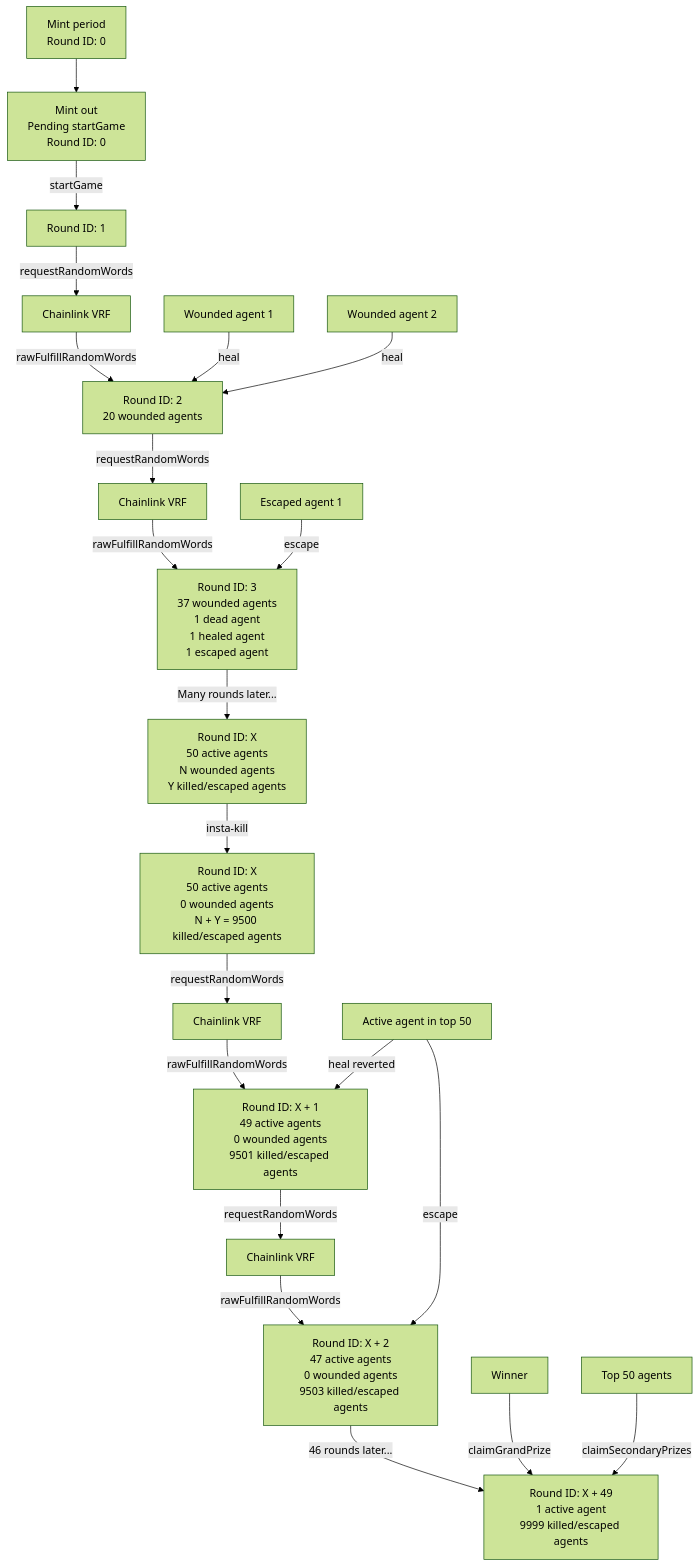
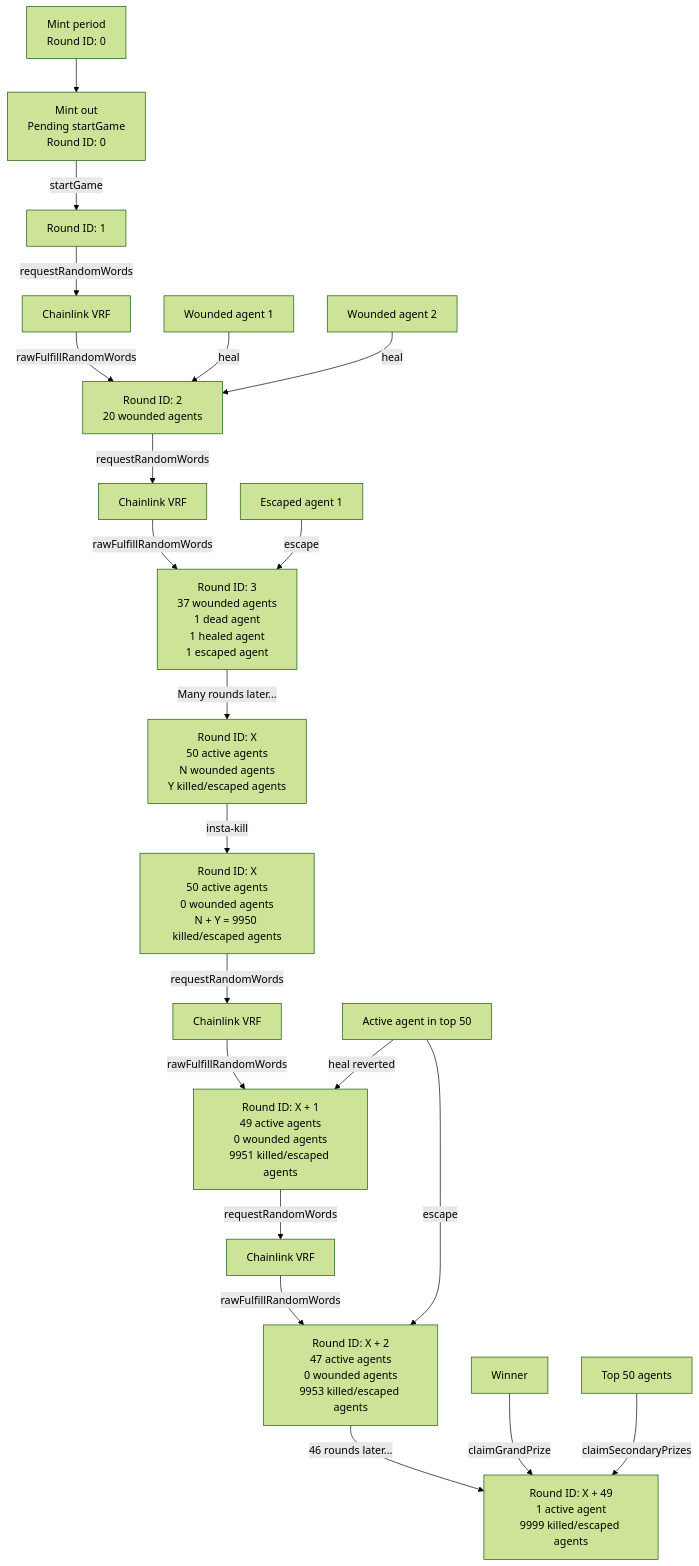
Before and after one commit to sherlock-audit/2023-10-looksrare: the diagram in contracts-infiltration/README.md, drawn with Mermaid (forest theme).

Commit message:
Update README.md
Update flow chart

````diff
--- a/contracts-infiltration/README.md
+++ b/contracts-infiltration/README.md
@@ -19,41 +19,41 @@
 ```mermaid
 flowchart TD
     MINT_PERIOD[Mint period\nRound ID: 0\n] --> MINT_OUT[Mint out\nPending startGame\nRound ID: 0]
     MINT_OUT -->|startGame| ROUND_1[Round ID: 1]
 
     CHAINLINK_VRF[Chainlink VRF]
     CHAINLINK_VRF_2[Chainlink VRF]
     CHAINLINK_VRF_3[Chainlink VRF]
     CHAINLINK_VRF_4[Chainlink VRF]
 
     ROUND_1 -->|requestRandomWords| CHAINLINK_VRF
 
     CHAINLINK_VRF -->|rawFulfillRandomWords| ROUND_2[Round ID: 2\n20 wounded agents]
 
     WOUNDED_AGENT_1[Wounded agent 1] -->|heal| ROUND_2
     WOUNDED_AGENT_2[Wounded agent 2] -->|heal| ROUND_2
 
     ROUND_2 -->|requestRandomWords| CHAINLINK_VRF_2
     CHAINLINK_VRF_2 -->|rawFulfillRandomWords| ROUND_3[Round ID: 3\n37 wounded agents\n1 dead agent\n1 healed agent\n1 escaped agent]
 
     ESCAPED_AGENT_1[Escaped agent 1] -->|escape| ROUND_3
 
     ROUND_3 -->|Many rounds later...| ROUND_WITH_50_ACTIVE_AGENTS_LEFT_PRE_INSTA_KILL[Round ID: X\n50 active agents\nN wounded agents\nY killed/escaped agents]
 
-    ROUND_WITH_50_ACTIVE_AGENTS_LEFT_PRE_INSTA_KILL -->|insta-kill| ROUND_WITH_50_ACTIVE_AGENTS_LEFT_POST_INSTA_KILL[Round ID: X\n50 active agents\n0 wounded agents\nN + Y = 9500 killed/escaped agents]
+    ROUND_WITH_50_ACTIVE_AGENTS_LEFT_PRE_INSTA_KILL -->|insta-kill| ROUND_WITH_50_ACTIVE_AGENTS_LEFT_POST_INSTA_KILL[Round ID: X\n50 active agents\n0 wounded agents\nN + Y = 9950 killed/escaped agents]
 
     ROUND_WITH_50_ACTIVE_AGENTS_LEFT_POST_INSTA_KILL -->|requestRandomWords| CHAINLINK_VRF_3
 
-    CHAINLINK_VRF_3 -->|rawFulfillRandomWords| ROUND_WITH_49_ACTIVE_AGENTS_LEFT[Round ID: X + 1\n49 active agents\n0 wounded agents\n9501 killed/escaped agents]
+    CHAINLINK_VRF_3 -->|rawFulfillRandomWords| ROUND_WITH_49_ACTIVE_AGENTS_LEFT[Round ID: X + 1\n49 active agents\n0 wounded agents\n9951 killed/escaped agents]
 
     ACTIVE_AGENT_IN_TOP_50[Active agent in top 50] -->|heal reverted|ROUND_WITH_49_ACTIVE_AGENTS_LEFT
 
     ROUND_WITH_49_ACTIVE_AGENTS_LEFT -->|requestRandomWords| CHAINLINK_VRF_4
     ACTIVE_AGENT_IN_TOP_50[Active agent in top 50] -->|escape|ROUND_WITH_47_ACTIVE_AGENTS_LEFT
-    CHAINLINK_VRF_4 -->|rawFulfillRandomWords| ROUND_WITH_47_ACTIVE_AGENTS_LEFT[Round ID: X + 2\n47 active agents\n0 wounded agents\n9503 killed/escaped agents]
+    CHAINLINK_VRF_4 -->|rawFulfillRandomWords| ROUND_WITH_47_ACTIVE_AGENTS_LEFT[Round ID: X + 2\n47 active agents\n0 wounded agents\n9953 killed/escaped agents]
 
     ROUND_WITH_47_ACTIVE_AGENTS_LEFT -->|46 rounds later...| FINAL_ROUND[Round ID: X + 49\n1 active agent\n9999 killed/escaped agents]
 
     WINNER[Winner] -->|claimGrandPrize| FINAL_ROUND
     TOP_50[Top 50 agents] -->|claimSecondaryPrizes| FINAL_ROUND
 ```
````
